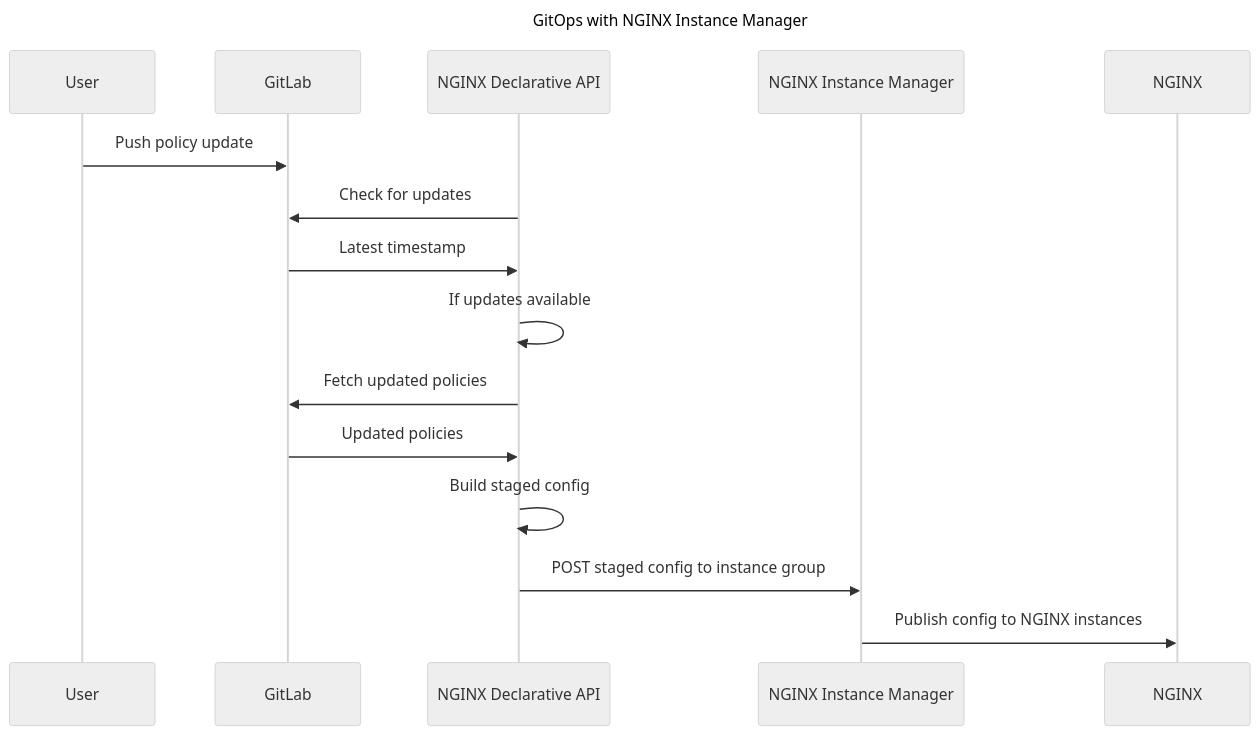
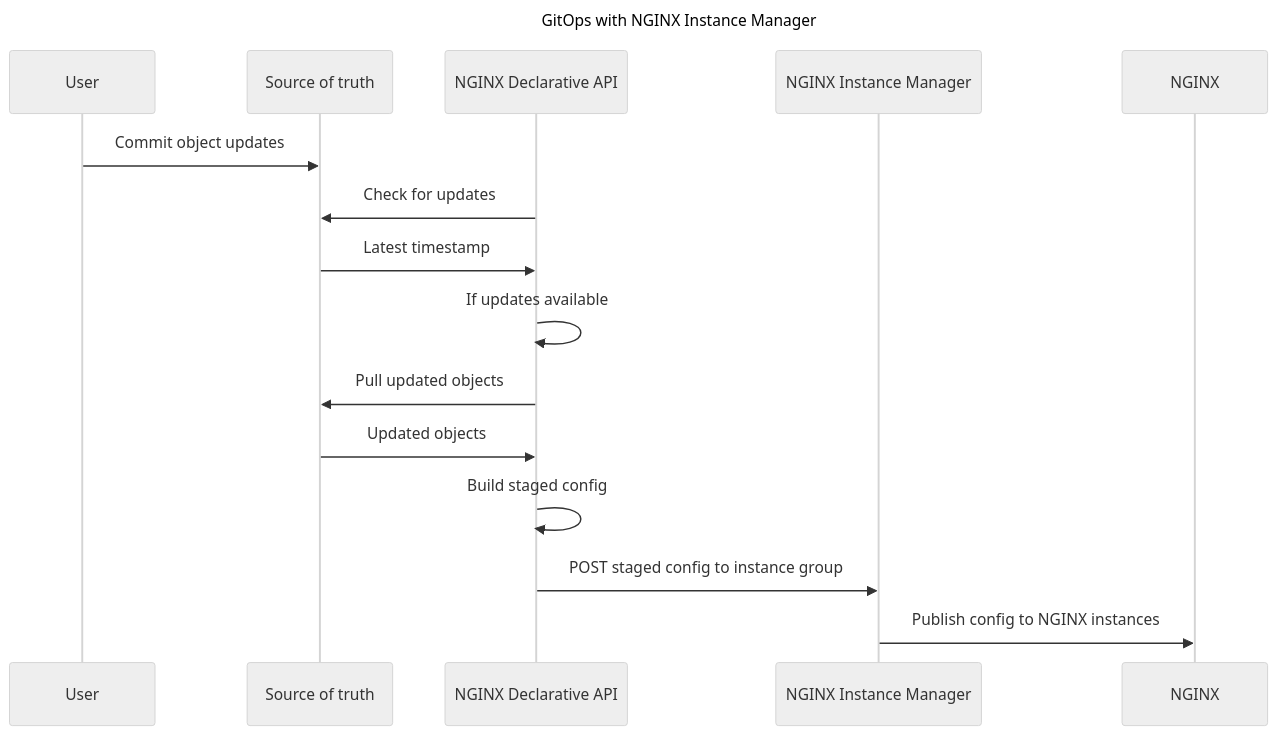
One commit to f5devcentral/NGINX-Declarative-API changed the second of 2 diagrams in README.md. Above: the diagram before and after it, drawn with Mermaid (neutral theme).

Commit message:
README updated

````diff
--- a/README.md
+++ b/README.md
@@ -43,18 +43,18 @@
 ```mermaid
 sequenceDiagram
 
 title GitOps with NGINX Instance Manager
 
-User ->> GitLab: Push policy update
-NGINX Declarative API ->> GitLab: Check for updates
-GitLab ->> NGINX Declarative API: Latest timestamp
+User ->> Source of truth: Commit object updates
+NGINX Declarative API ->> Source of truth: Check for updates
+Source of truth ->> NGINX Declarative API: Latest timestamp
 
 NGINX Declarative API->> NGINX Declarative API: If updates available
-NGINX Declarative API->> GitLab: Fetch updated policies
-GitLab ->> NGINX Declarative API : Updated policies
+NGINX Declarative API->> Source of truth: Pull updated objects
+Source of truth ->> NGINX Declarative API : Updated objects
 
 NGINX Declarative API->> NGINX Declarative API: Build staged config
 NGINX Declarative API->> NGINX Instance Manager: POST staged config to instance group
 
 NGINX Instance Manager ->> NGINX: Publish config to NGINX instances
 ```
````
